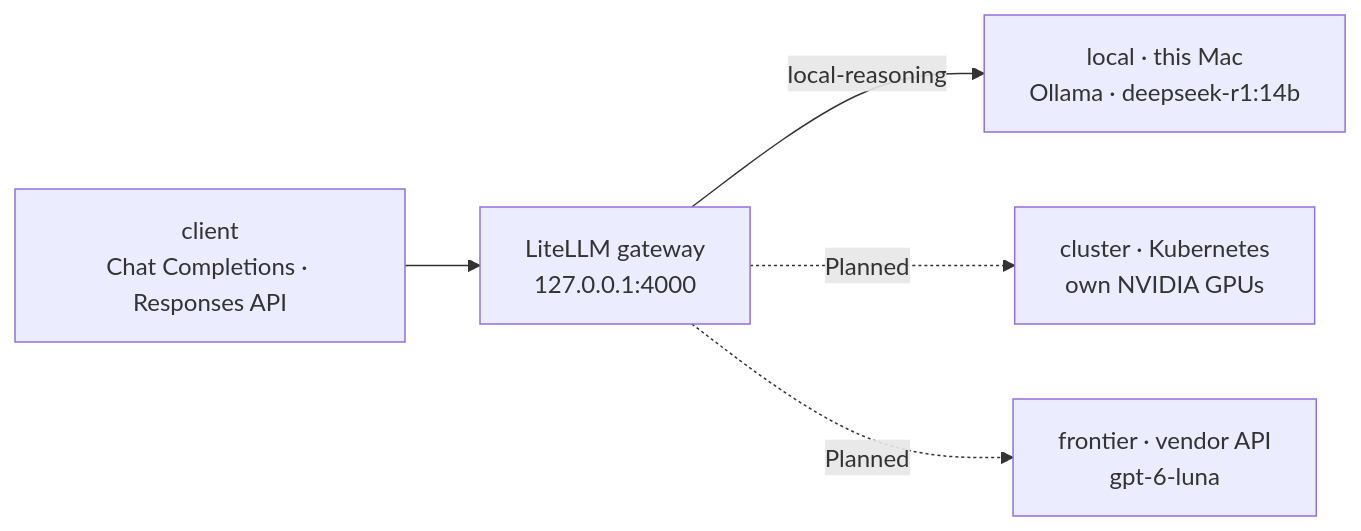
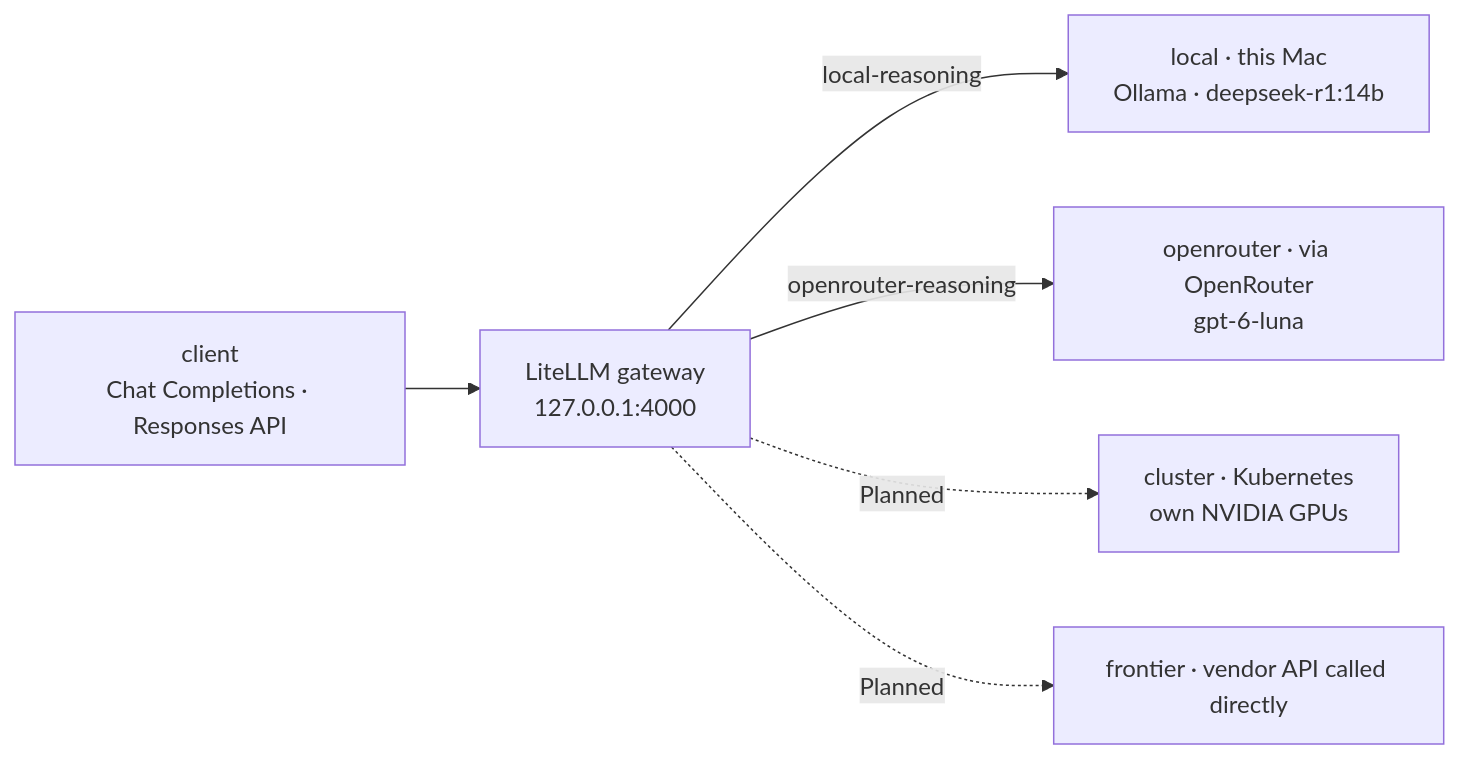
The diagram in wiki/synthesis/2026-10-20-local-model-gateway-plan.md (K4nishk/myPlayground), drawn with Mermaid before and after one commit. The commit also changed other lines of this file and 10 other files, not shown here.

First line of the commit message:
brain: ingest — OpenRouter alias first runs and journal (2026-10-21 afternoon)

````diff
--- a/wiki/synthesis/2026-10-20-local-model-gateway-plan.md
+++ b/wiki/synthesis/2026-10-20-local-model-gateway-plan.md
@@ -23,7 +23,8 @@
 ```mermaid
 flowchart LR
   C[client<br/>Chat Completions · Responses API] --> G[LiteLLM gateway<br/>127.0.0.1:4000]
   G -->|local-reasoning| L[local · this Mac<br/>Ollama · deepseek-r1:14b]
+  G -->|openrouter-reasoning| O[openrouter · via OpenRouter<br/>gpt-6-luna]
   G -.->|Planned| K[cluster · Kubernetes<br/>own NVIDIA GPUs]
-  G -.->|Planned| F[frontier · vendor API<br/>gpt-6-luna]
+  G -.->|Planned| F[frontier · vendor API called directly]
 ```
````
